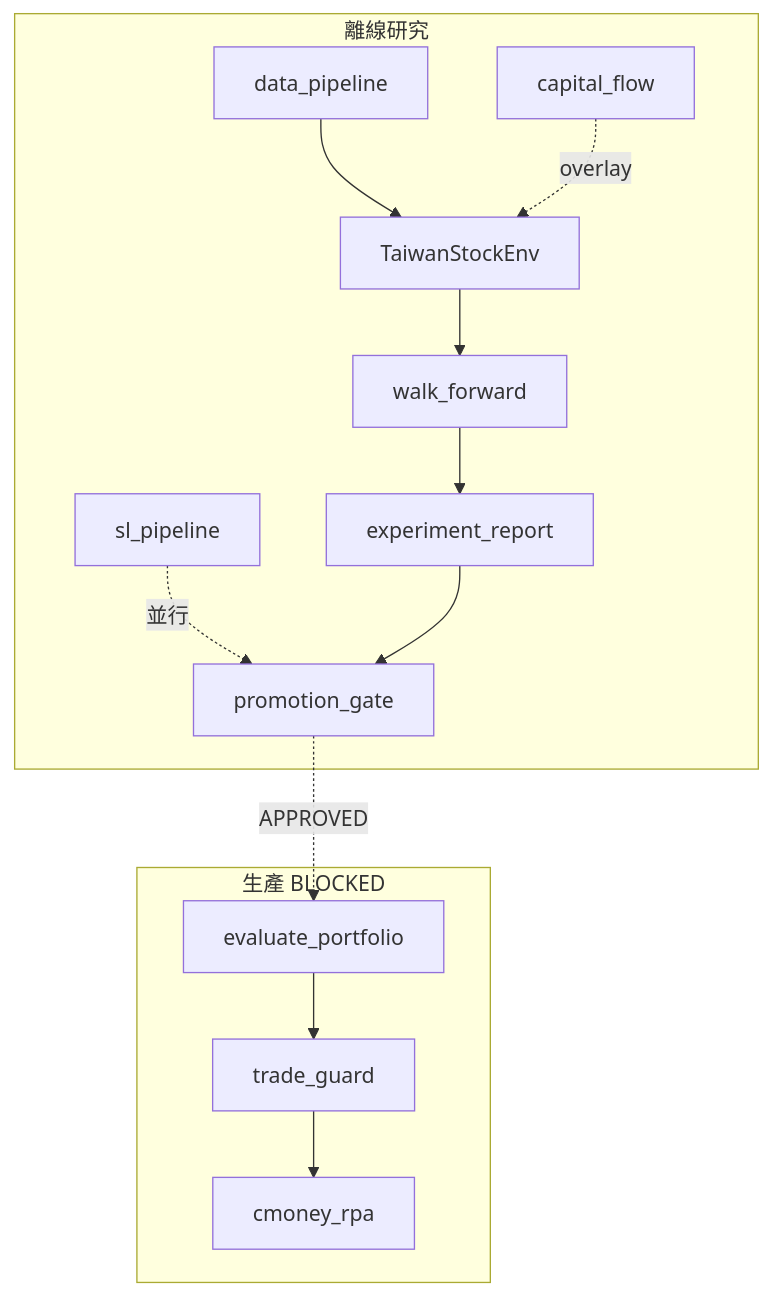
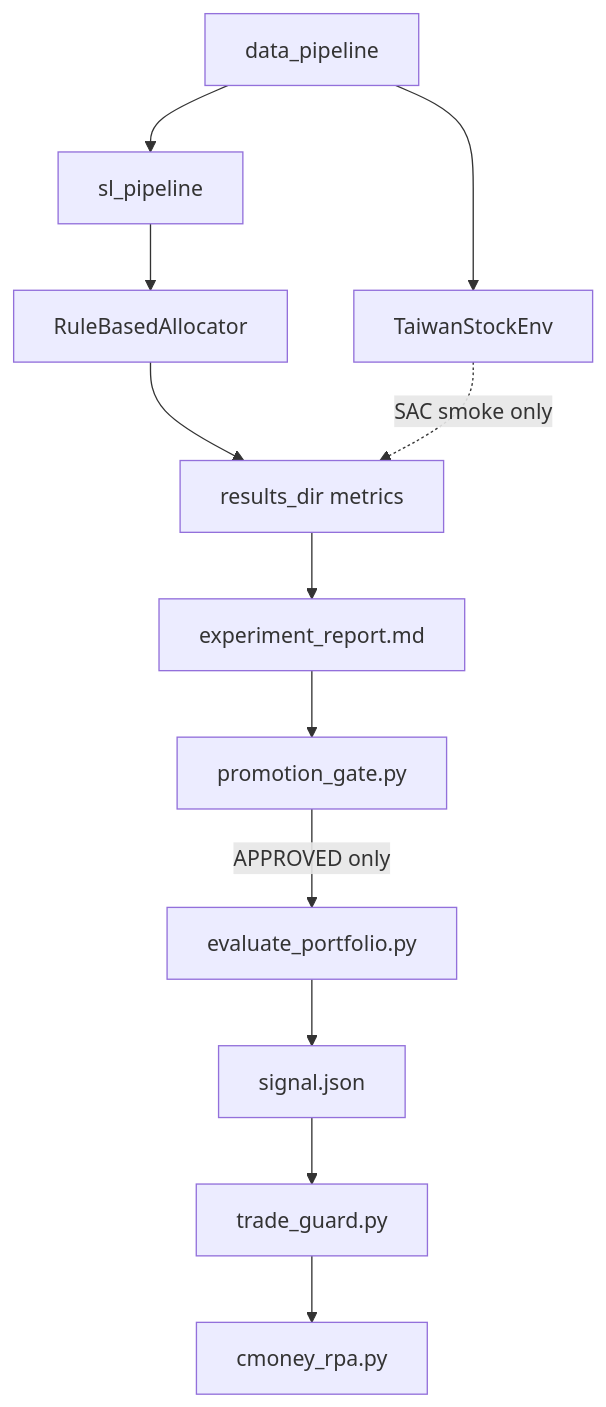
The diagram in docs/專案總覽.md (huanyan20/cp), drawn with Mermaid before and after one commit. The commit also changed other lines of this file and 56 other files, not shown here.

````diff
--- a/docs/專案總覽.md
+++ b/docs/專案總覽.md
@@ -30,15 +20,14 @@
 ```mermaid
 flowchart TB
-    subgraph Research["離線研究"]
-        DP[data_pipeline] --> ENV[TaiwanStockEnv]
-        SL[sl_pipeline] -. 並行 .-> GATE
-        CF[capital_flow] -. overlay .-> ENV
-        ENV --> WF[walk_forward]
-        WF --> REPORT[experiment_report]
-        REPORT --> GATE[promotion_gate]
-    end
-    subgraph Production["生產 BLOCKED"]
-        EVAL[evaluate_portfolio] --> GUARD[trade_guard] --> RPA[cmoney_rpa]
-    end
-    GATE -.->|APPROVED| EVAL
+    DP[data_pipeline] --> SL[sl_pipeline]
+    DP --> ENV[TaiwanStockEnv]
+    SL --> ALLOC[RuleBasedAllocator]
+    ALLOC --> METRICS[results_dir metrics]
+    ENV -. SAC smoke only .-> METRICS
+    METRICS --> REPORT[experiment_report.md]
+    REPORT --> GATE[promotion_gate.py]
+    GATE -->|APPROVED only| EVAL[evaluate_portfolio.py]
+    EVAL --> SIGNAL[signal.json]
+    SIGNAL --> GUARD[trade_guard.py]
+    GUARD --> RPA[cmoney_rpa.py]
 ```
````
